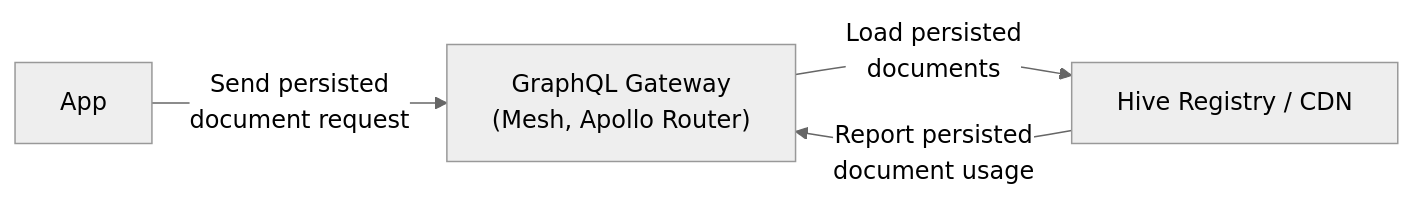
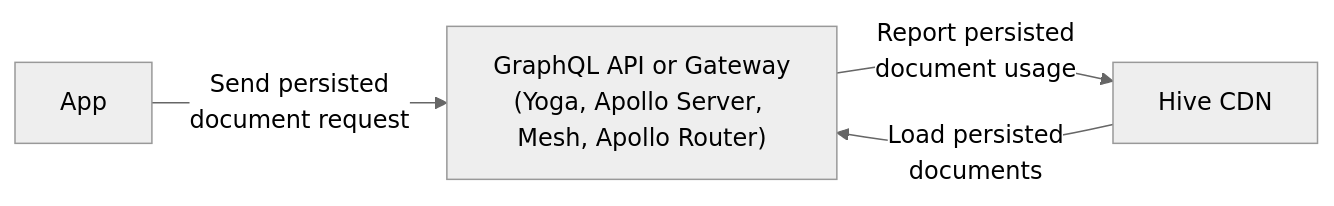
The second of 3 diagrams in packages/web/docs/src/pages/docs/features/app-deployments.mdx (kamilkisiela/graphql-hive), drawn with Mermaid (neutral theme) before and after one commit. The commit also changed 1 other file, not shown here.

Commit message:
product update

````diff
--- a/packages/web/docs/src/pages/docs/features/app-deployments.mdx
+++ b/packages/web/docs/src/pages/docs/features/app-deployments.mdx
@@ -47,14 +47,14 @@
 ```mermaid
 flowchart LR
-    C["GraphQL Gateway
-(Mesh, Apollo Router)"]
-    B["Hive Registry / CDN"]
+    C["GraphQL API or Gateway
+(Yoga, Apollo Server, Mesh, Apollo Router)"]
+    B["Hive CDN"]
     D["App"]
 
-    C-- "Load persisted
- documents" -->B
-    B-- "Report persisted
- document usage" -->C
+    B-- "Load persisted
+ documents" -->C
+    C-- "Report persisted
+ document usage" -->B
     D-- "Send persisted
  document request" -->C
 ```
````
